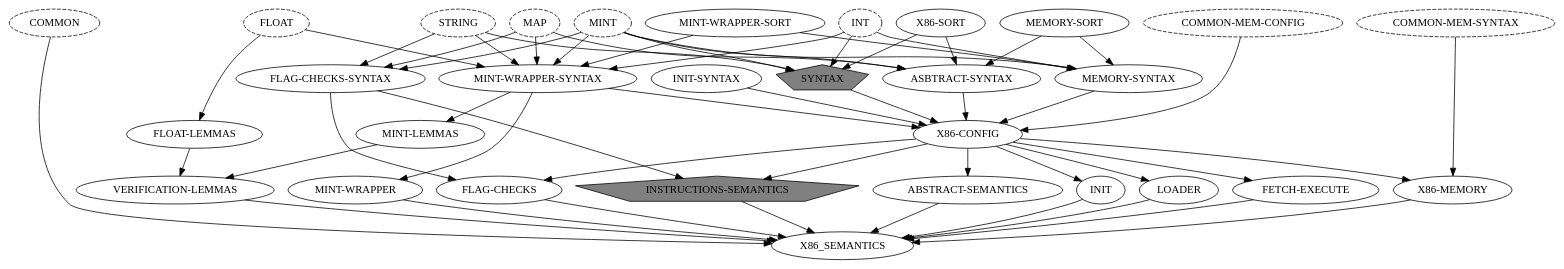
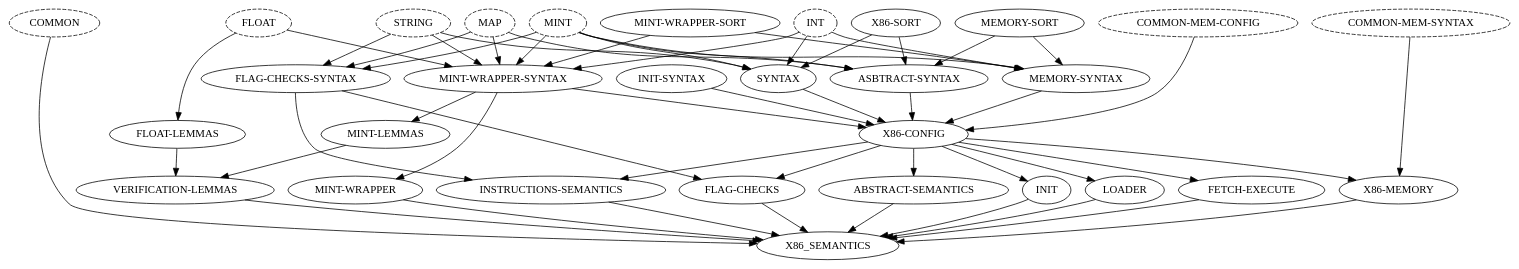
Before and after one commit to kframework/X86-64-semantics: the diagram in docs/reports/import_graph.dot, drawn with Graphviz. The commit also changed 3118 other files, not shown here.

```diff
--- a/docs/reports/import_graph.dot
+++ b/docs/reports/import_graph.dot
@@ -1,110 +1,106 @@
 digraph graphname {
     
-      
-  "INSTRUCTIONS-SEMANTICS" [fillcolor = grey, style=filled, sides=5; shape=polygon]
-  SYNTAX [fillcolor = grey, style=filled, sides=5; shape=polygon]
-
   MAP [style="dashed"]
   MINT [style="dashed"]
   FLOAT [style="dashed"]
   INT [style="dashed"]
   STRING [style="dashed"]
   "COMMON-MEM-SYNTAX" [style="dashed"]
   "COMMON-MEM-CONFIG" [style="dashed"]
   "COMMON" [style="dashed"]
   
   {rank = same; MAP; FLOAT; MINT; INT; STRING; 
              "COMMON"; "COMMON-MEM-CONFIG"; 
             "COMMON-MEM-SYNTAX"; "X86-SORT"; 
             "MEMORY-SORT"; "MINT-WRAPPER-SORT"}
             
   {rank = same; LOADER; "FETCH-EXECUTE"; "ABSTRACT-SEMANTICS"; 
   "FLAG-CHECKS"; "VERIFICATION-LEMMAS"; "INIT"; "MINT-WRAPPER"}
  
   {rank = same; "MINT-LEMMAS"; "FLOAT-LEMMAS"}
   
   {rank = same; "ASBTRACT-SYNTAX"; "MINT-WRAPPER-SYNTAX"; 
   "FLAG-CHECKS-SYNTAX"; "MEMORY-SYNTAX"; "SYNTAX"; "INIT-SYNTAX" }
 
   // ==========================================
 
   // MEMORY
   "MEMORY-SORT" -> "MEMORY-SYNTAX";
   "MINT-WRAPPER-SORT" -> "MEMORY-SYNTAX" 
   MINT -> "MEMORY-SYNTAX" 
   INT -> "MEMORY-SYNTAX" 
   "COMMON-MEM-SYNTAX"  -> "X86-MEMORY"
   "X86-CONFIG"  -> "X86-MEMORY"
 
   // X86 SYNTAX
   "X86-SORT" -> "SYNTAX" 
   INT -> SYNTAX
   STRING -> SYNTAX
   MINT -> SYNTAX
   
   // ABSTRACT SYNTAX    
   "X86-SORT" ->  "ASBTRACT-SYNTAX";
   MAP -> "ASBTRACT-SYNTAX";
   MINT -> "ASBTRACT-SYNTAX";
   "MEMORY-SORT" -> "ASBTRACT-SYNTAX";
 
   // Config
   "ASBTRACT-SYNTAX" ->   "X86-CONFIG"
   "SYNTAX" ->   "X86-CONFIG"
   "COMMON-MEM-CONFIG" ->   "X86-CONFIG"
   "MEMORY-SYNTAX" ->   "X86-CONFIG"
   "INIT-SYNTAX" ->   "X86-CONFIG"
   "MINT-WRAPPER-SYNTAX" ->   "X86-CONFIG"
 
   // Init 
   "X86-CONFIG" -> "INIT"
 
   "X86-CONFIG" -> "ABSTRACT-SEMANTICS"
   
 
   // MInt-wrapper
   MINT -> "MINT-WRAPPER-SYNTAX"
   FLOAT -> "MINT-WRAPPER-SYNTAX"
   STRING -> "MINT-WRAPPER-SYNTAX"
   MAP -> "MINT-WRAPPER-SYNTAX"
   INT -> "MINT-WRAPPER-SYNTAX"
 
   "MINT-WRAPPER-SORT" -> "MINT-WRAPPER-SYNTAX"
   "MINT-WRAPPER-SYNTAX" -> "MINT-WRAPPER"
 
 
   // Loader/fetch exec
   "X86-CONFIG" -> LOADER
   "X86-CONFIG" -> "FETCH-EXECUTE"
 
   "MINT-LEMMAS" -> "VERIFICATION-LEMMAS"
   "FLOAT-LEMMAS" -> "VERIFICATION-LEMMAS"
   
   FLOAT -> "FLOAT-LEMMAS"
   "MINT-WRAPPER-SYNTAX" -> "MINT-LEMMAS"
 
   MINT -> "FLAG-CHECKS-SYNTAX"
   MAP -> "FLAG-CHECKS-SYNTAX"
   "STRING" -> "FLAG-CHECKS-SYNTAX"
 
   "FLAG-CHECKS-SYNTAX"  -> "FLAG-CHECKS"
   "X86-CONFIG"  -> "FLAG-CHECKS"
 
 
   "X86-CONFIG" -> "INSTRUCTIONS-SEMANTICS"
   "FLAG-CHECKS-SYNTAX" -> "INSTRUCTIONS-SEMANTICS"
 
   // Semantics
   LOADER ->  X86_SEMANTICS
   "FETCH-EXECUTE" ->  X86_SEMANTICS
   "ABSTRACT-SEMANTICS" ->  X86_SEMANTICS
   "FLAG-CHECKS" ->  X86_SEMANTICS
   "VERIFICATION-LEMMAS" ->  X86_SEMANTICS
   "INSTRUCTIONS-SEMANTICS" ->  X86_SEMANTICS
   "X86-MEMORY" ->  X86_SEMANTICS
   "COMMON" ->  X86_SEMANTICS
   "INIT" -> X86_SEMANTICS
   "MINT-WRAPPER" -> X86_SEMANTICS
   
 
  }
```
